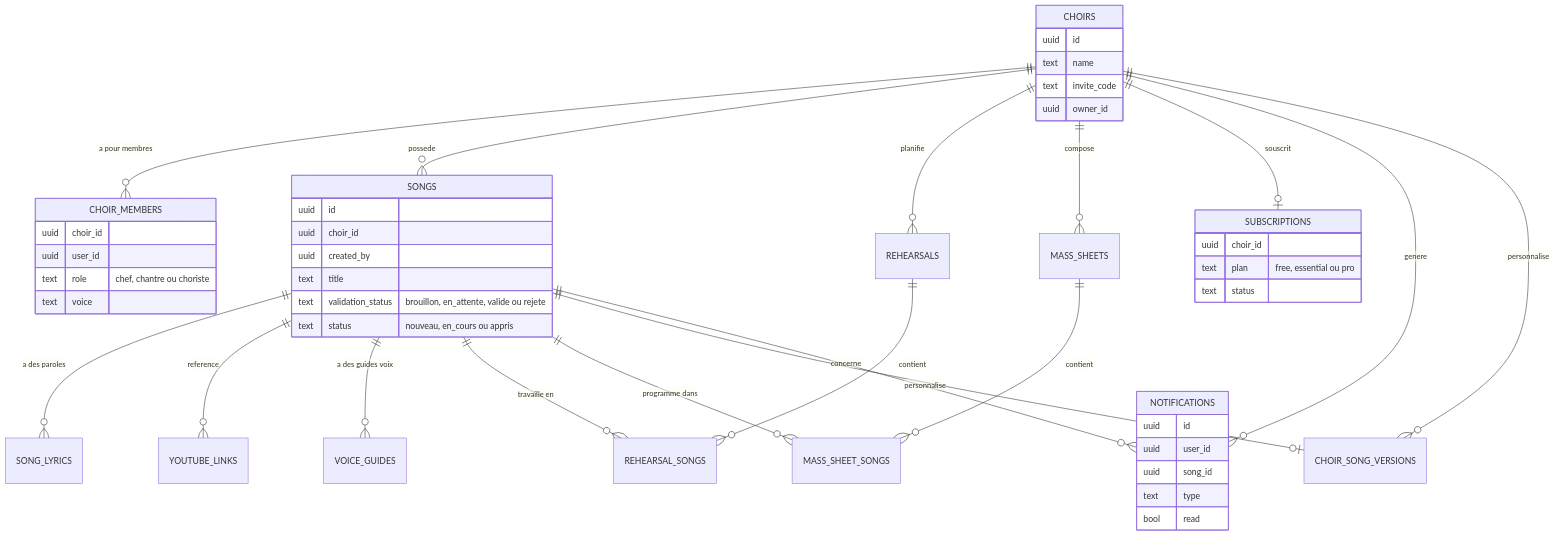
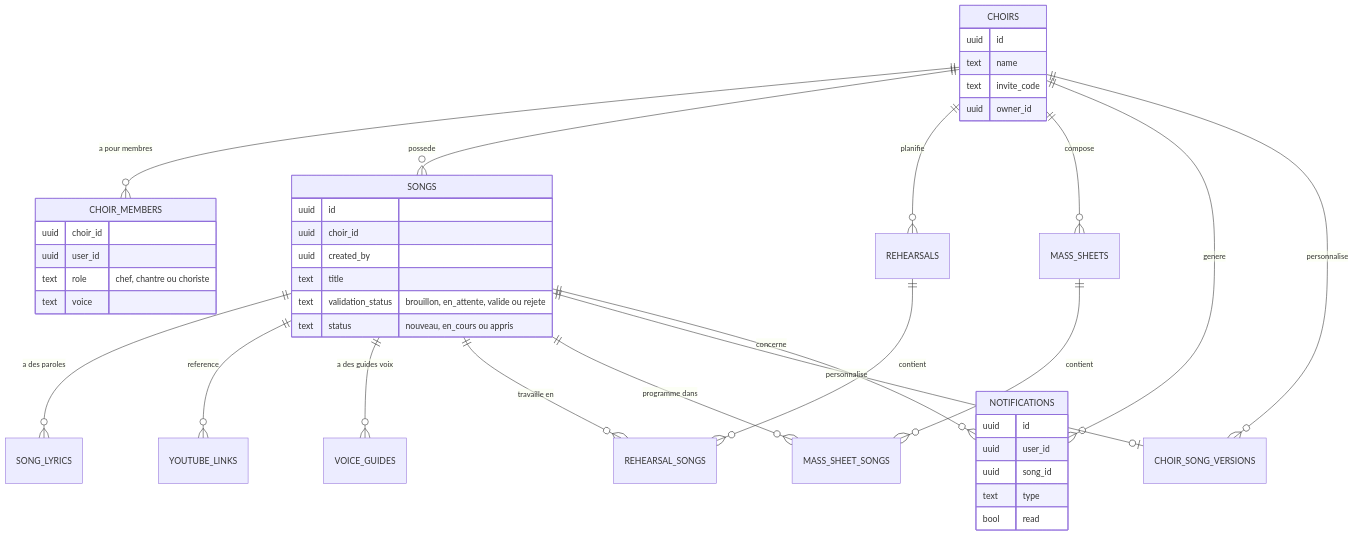
The second of 4 diagrams in doc/ARCHITECTURE.md (asinda/cantor), drawn with Mermaid before and after one commit. The commit also changed other lines of this file, not shown here.

Commit message:
docs: mettre à jour le dossier d'architecture après retrait des tarifs
Retire la table subscriptions du schéma relationnel documenté et
l'entrée d'inventaire Abonnements (code + section correspondants
supprimés). Corrige l'intro qui présentait Cantor comme spécifique à
une chorale — c'est un produit générique multi-tenant.

````diff
--- a/doc/ARCHITECTURE.md
+++ b/doc/ARCHITECTURE.md
@@ -134,54 +134,48 @@
 ```mermaid
 erDiagram
   CHOIRS ||--o{ CHOIR_MEMBERS : "a pour membres"
   CHOIRS ||--o{ SONGS : possede
   CHOIRS ||--o{ REHEARSALS : planifie
   CHOIRS ||--o{ MASS_SHEETS : compose
-  CHOIRS ||--o| SUBSCRIPTIONS : souscrit
   CHOIRS ||--o{ NOTIFICATIONS : genere
   CHOIRS ||--o{ CHOIR_SONG_VERSIONS : personnalise
 
   SONGS ||--o{ SONG_LYRICS : "a des paroles"
   SONGS ||--o{ YOUTUBE_LINKS : reference
   SONGS ||--o{ VOICE_GUIDES : "a des guides voix"
   SONGS ||--o{ REHEARSAL_SONGS : "travaille en"
   SONGS ||--o{ MASS_SHEET_SONGS : "programme dans"
   SONGS ||--o| CHOIR_SONG_VERSIONS : personnalise
   SONGS ||--o{ NOTIFICATIONS : concerne
 
   REHEARSALS ||--o{ REHEARSAL_SONGS : contient
   MASS_SHEETS ||--o{ MASS_SHEET_SONGS : contient
 
   CHOIRS {
     uuid id
     text name
     text invite_code
     uuid owner_id
   }
   CHOIR_MEMBERS {
     uuid choir_id
     uuid user_id
     text role "chef, chantre ou choriste"
     text voice
   }
   SONGS {
     uuid id
     uuid choir_id
     uuid created_by
     text title
     text validation_status "brouillon, en_attente, valide ou rejete"
     text status "nouveau, en_cours ou appris"
   }
   NOTIFICATIONS {
     uuid id
     uuid user_id
     uuid song_id
     text type
     bool read
   }
-  SUBSCRIPTIONS {
-    uuid choir_id
-    text plan "free, essential ou pro"
-    text status
-  }
 ```
````
